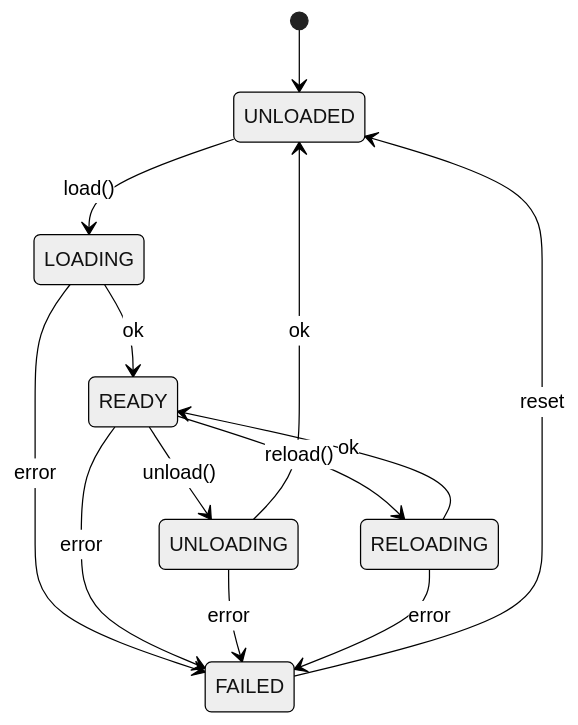
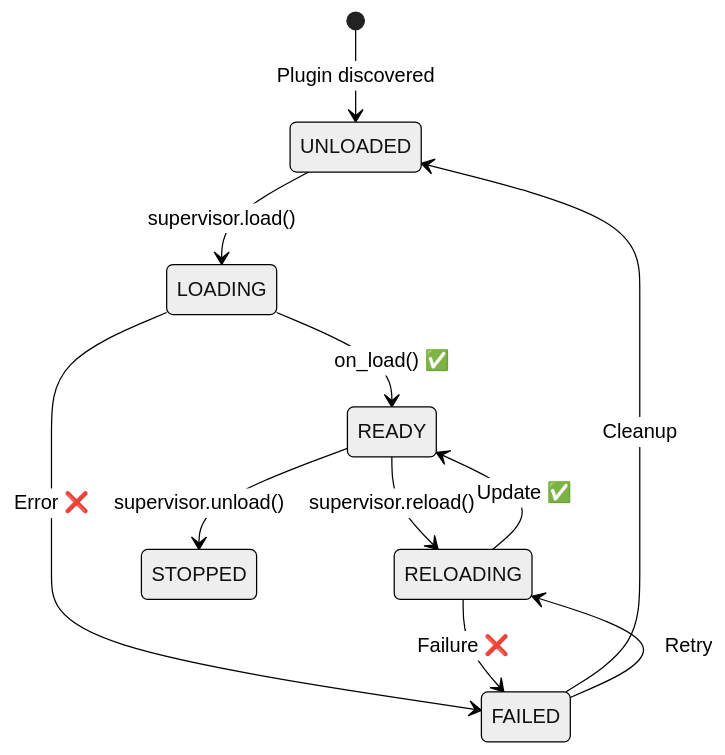
The fourth of 4 diagrams in doc/architecture/overview.md (traoreera/xcore), drawn with Mermaid (neutral theme) before and after one commit. The commit also changed other lines of this file and 41 other files, not shown here.

````diff
--- a/doc/architecture/overview.md
+++ b/doc/architecture/overview.md
@@ -113,20 +286,13 @@
 ```mermaid
 stateDiagram-v2
-    [*] --> UNLOADED
-
-    UNLOADED --> LOADING   : load()
-    LOADING  --> READY     : ok
-    LOADING  --> FAILED    : error
-
-    READY    --> UNLOADING : unload()
-    READY    --> RELOADING : reload()
-    READY    --> FAILED    : error
-
-    UNLOADING --> UNLOADED : ok
-    UNLOADING --> FAILED   : error
-
-    RELOADING --> READY    : ok
-    RELOADING --> FAILED   : error
-
-    FAILED   --> UNLOADED  : reset
+    [*] --> UNLOADED: Plugin discovered
+    UNLOADED --> LOADING: supervisor.load()
+    LOADING --> READY: on_load() ✅
+    LOADING --> FAILED: Error ❌
+    READY --> RELOADING: supervisor.reload()
+    RELOADING --> READY: Update ✅
+    RELOADING --> FAILED: Failure ❌
+    READY --> STOPPED: supervisor.unload()
+    FAILED --> UNLOADED: Cleanup
+    FAILED --> RELOADING: Retry
 ```
````
